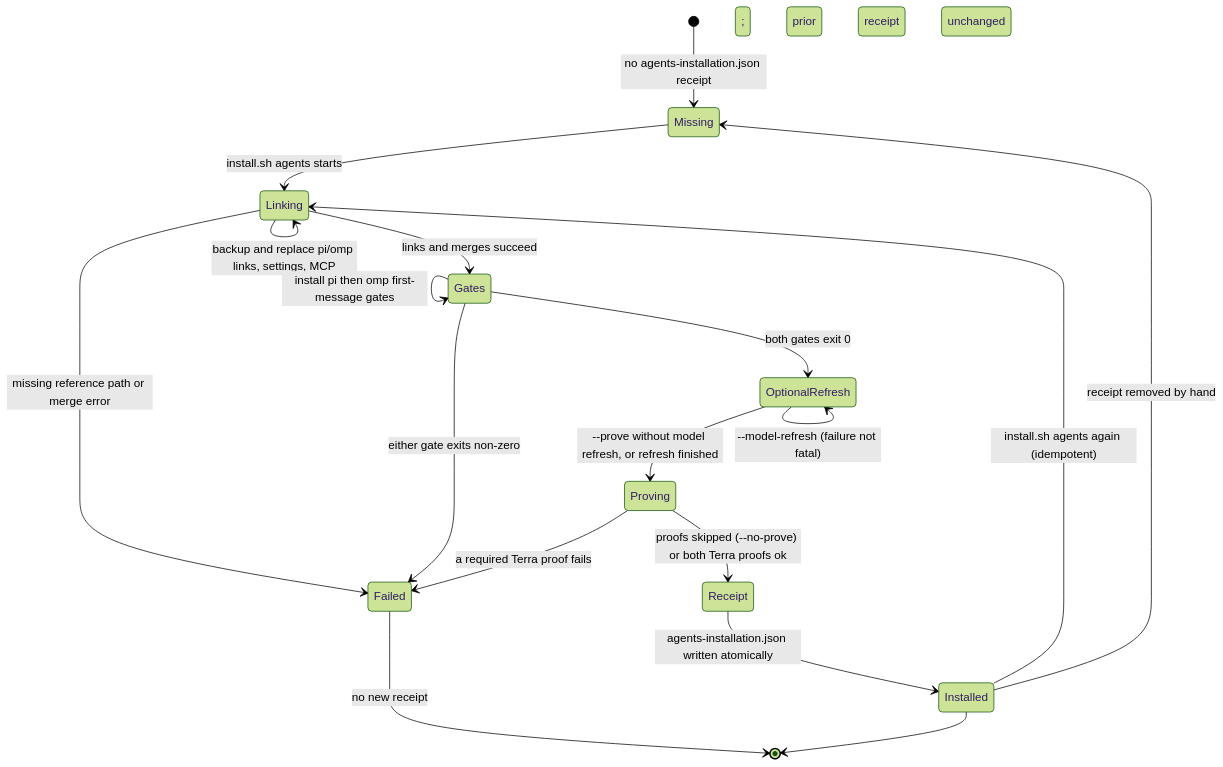
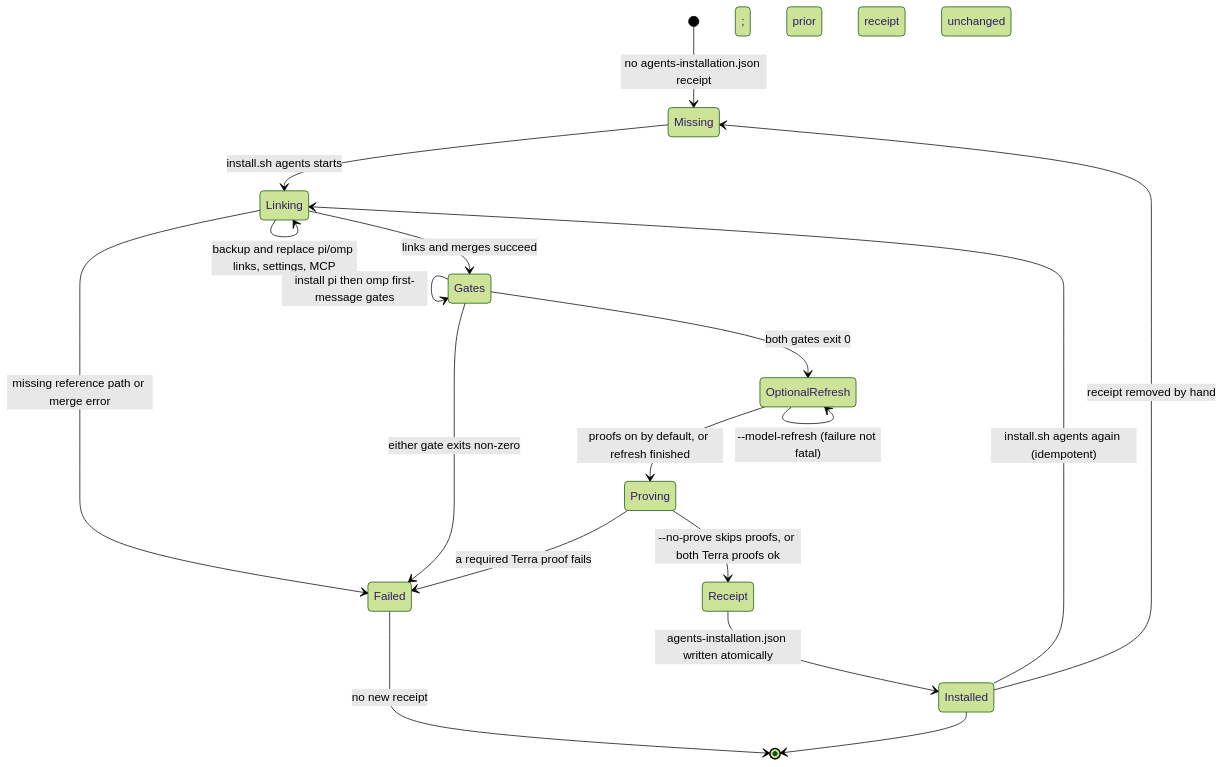
Before and after one commit to shyamsivakumar/mac-ops: the diagram in docs/state-charts/agents-installation.md, drawn with Mermaid (forest theme). The commit also changed other lines of this file, not shown here.

Commit message:
Fix agents-install chart: proofs default, --no-prove skips

````diff
--- a/docs/state-charts/agents-installation.md
+++ b/docs/state-charts/agents-installation.md
@@ -3,20 +3,20 @@
 ```mermaid
 stateDiagram-v2
     [*] --> Missing: no agents-installation.json receipt
     Missing --> Linking: install.sh agents starts
     Linking --> Linking: backup and replace pi/omp links, settings, MCP
     Linking --> Gates: links and merges succeed
     Linking --> Failed: missing reference path or merge error
     Gates --> Gates: install pi then omp first-message gates
     Gates --> OptionalRefresh: both gates exit 0
     Gates --> Failed: either gate exits non-zero
-    OptionalRefresh --> Proving: --prove without model refresh, or refresh finished
+    OptionalRefresh --> Proving: proofs on by default, or refresh finished
     OptionalRefresh --> OptionalRefresh: --model-refresh (failure not fatal)
-    Proving --> Receipt: proofs skipped (--no-prove) or both Terra proofs ok
+    Proving --> Receipt: --no-prove skips proofs, or both Terra proofs ok
     Proving --> Failed: a required Terra proof fails
     Receipt --> Installed: agents-installation.json written atomically
     Installed --> Linking: install.sh agents again (idempotent)
     Installed --> Missing: receipt removed by hand
     Failed --> [*]: no new receipt; prior receipt unchanged
     Installed --> [*]
 ```
````
